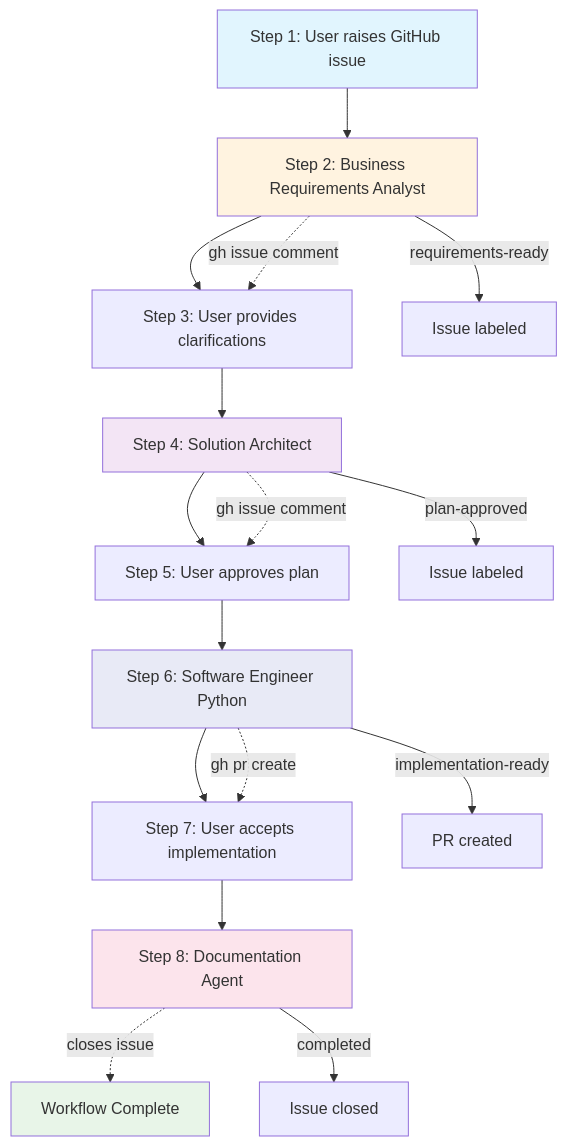
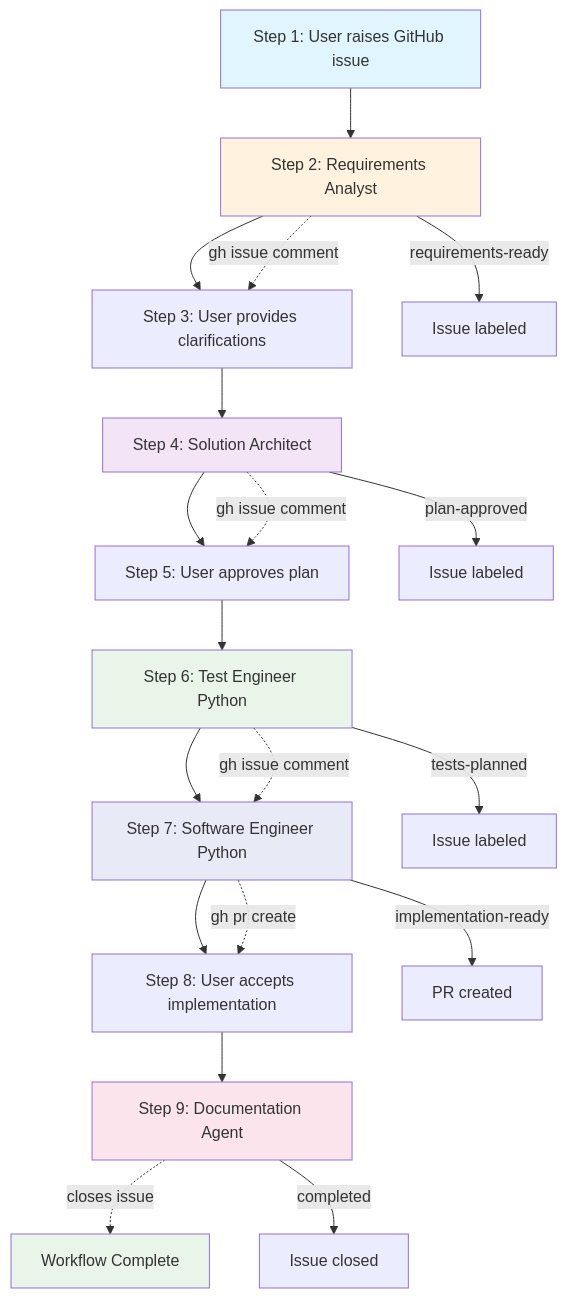
The diagram in agents/README.md (dkoenawan/claude-agent-templates), drawn with Mermaid before and after one commit. The commit also changed other lines of this file and 10 other files, not shown here.

First line of the commit message:
feat: add test-engineer-python agent and reorganize repository structure

````diff
--- a/agents/README.md
+++ b/agents/README.md
@@ -9,27 +22,31 @@
 ```mermaid
 flowchart TD
-    A[Step 1: User raises GitHub issue] --> B[Step 2: Business Requirements Analyst]
-    B --> C[Step 3: User provides clarifications]
+    A[Step 1: User raises GitHub issue] --> B[Step 2: Requirements Analyst]
+    B --> C[Step 3: User provides clarifications] 
     C --> D[Step 4: Solution Architect]
     D --> E[Step 5: User approves plan]
-    E --> F[Step 6: Software Engineer Python]
-    F --> G[Step 7: User accepts implementation]
-    G --> H[Step 8: Documentation Agent]
+    E --> F[Step 6: Test Engineer Python]
+    F --> G[Step 7: Software Engineer Python]
+    G --> H[Step 8: User accepts implementation]
+    H --> I[Step 9: Documentation Agent]
     
     B -.-> |"gh issue comment"| C
     D -.-> |"gh issue comment"| E
-    F -.-> |"gh pr create"| G
-    H -.-> |"closes issue"| I[Workflow Complete]
+    F -.-> |"gh issue comment"| G
+    G -.-> |"gh pr create"| H
+    I -.-> |"closes issue"| J[Workflow Complete]
     
     B --> |"requirements-ready"| B1[Issue labeled]
-    D --> |"plan-approved"| D1[Issue labeled]
-    F --> |"implementation-ready"| F1[PR created]
-    H --> |"completed"| H1[Issue closed]
+    D --> |"plan-approved"| D1[Issue labeled] 
+    F --> |"tests-planned"| F1[Issue labeled]
+    G --> |"implementation-ready"| G1[PR created]
+    I --> |"completed"| I1[Issue closed]
     
     style A fill:#e1f5fe
-    style I fill:#e8f5e8
+    style J fill:#e8f5e8
     style B fill:#fff3e0
     style D fill:#f3e5f5
-    style F fill:#e8eaf6
-    style H fill:#fce4ec
+    style F fill:#e8f5e8
+    style G fill:#e8eaf6
+    style I fill:#fce4ec
 ```
````
